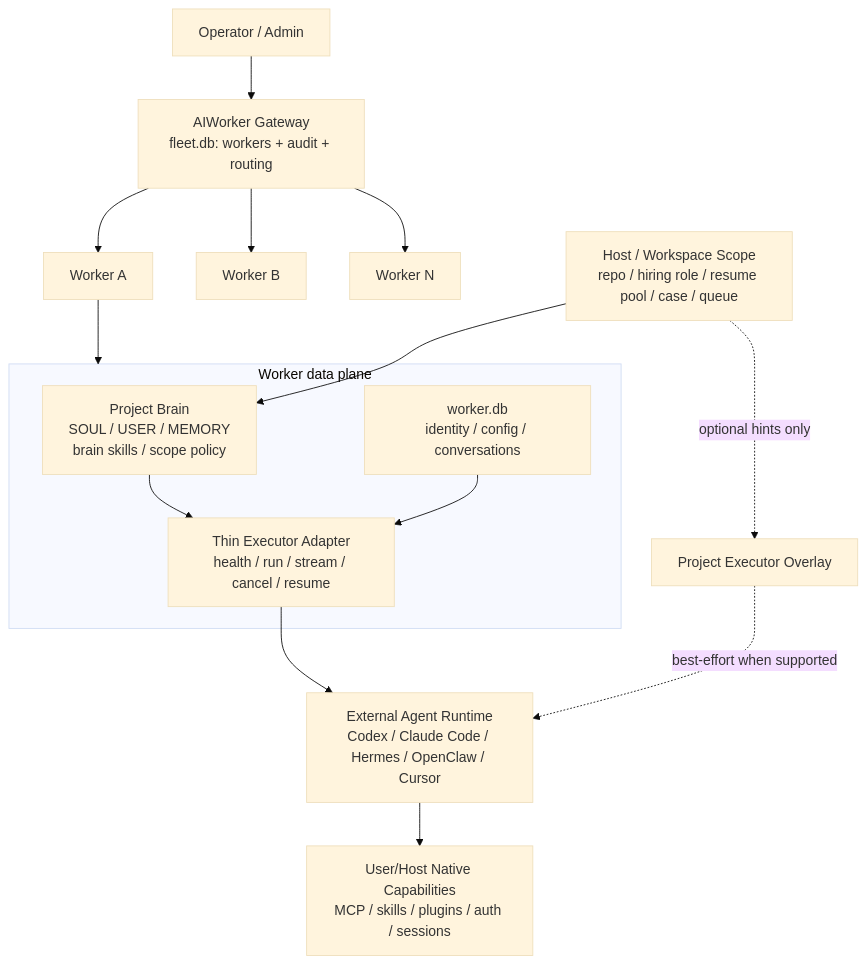
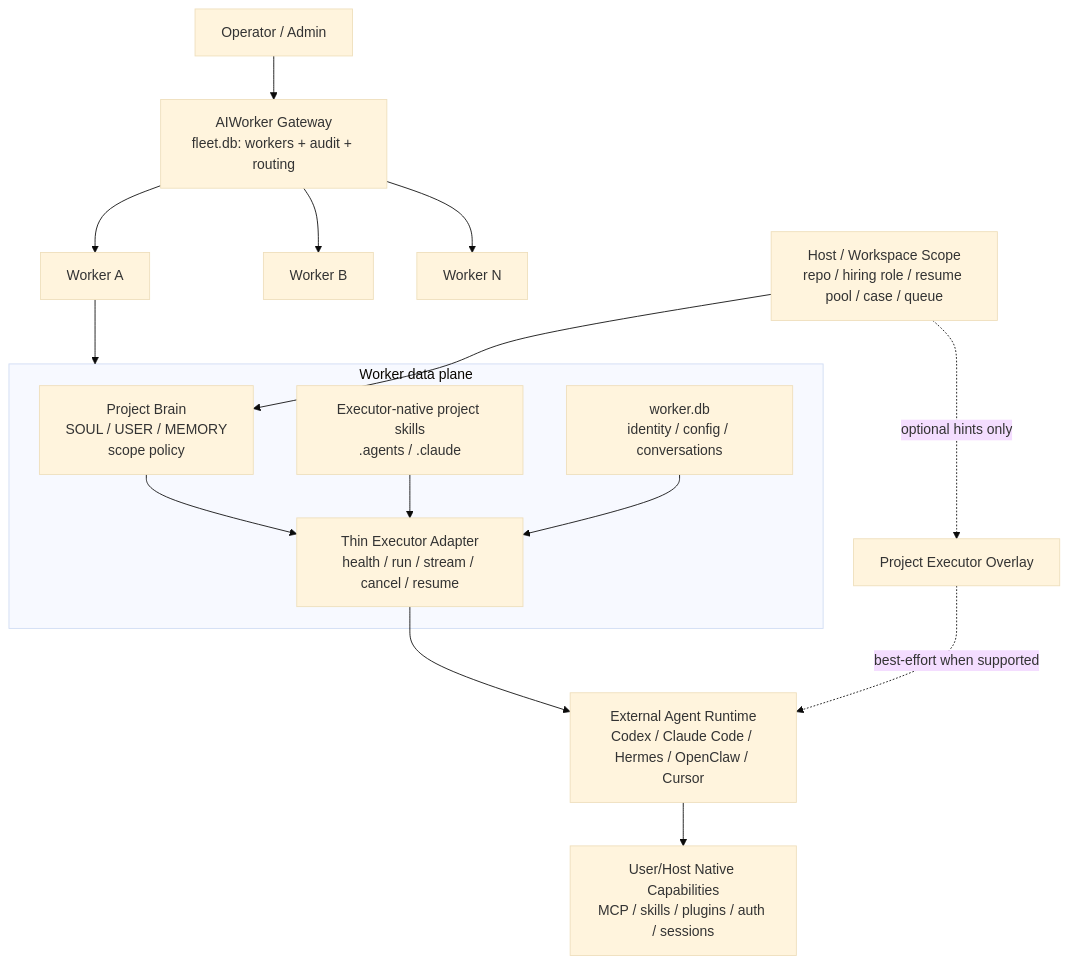
One commit to ZonEaseTech/aiworker changed the third of 4 diagrams in docs/architecture.md. Above: the diagram before and after it, drawn with Mermaid (base theme). The commit also changed other lines of this file and 32 other files, not shown here.

````diff
--- a/docs/architecture.md
+++ b/docs/architecture.md
@@ -262,22 +278,24 @@
 ```mermaid
 flowchart TB
   Operator["Operator / Admin"] --> Gateway["AIWorker Gateway<br/>fleet.db: workers + audit + routing"]
   Gateway --> WorkerA["Worker A"]
   Gateway --> WorkerB["Worker B"]
   Gateway --> WorkerN["Worker N"]
 
   subgraph Worker["Worker data plane"]
-    Brain["Project Brain<br/>SOUL / USER / MEMORY<br/>brain skills / scope policy"]
+    Brain["Project Brain<br/>SOUL / USER / MEMORY<br/>scope policy"]
+    NativeSkills["Executor-native project skills<br/>.agents / .claude"]
     State["worker.db<br/>identity / config / conversations"]
     Adapter["Thin Executor Adapter<br/>health / run / stream / cancel / resume"]
     Brain --> Adapter
+    NativeSkills --> Adapter
     State --> Adapter
   end
 
   WorkerA --> Worker
   Adapter --> Executor["External Agent Runtime<br/>Codex / Claude Code / Hermes / OpenClaw / Cursor"]
   Executor --> Ambient["User/Host Native Capabilities<br/>MCP / skills / plugins / auth / sessions"]
   Project["Host / Workspace Scope<br/>repo / hiring role / resume pool / case / queue"] --> Brain
   Project -. "optional hints only" .-> Overlay["Project Executor Overlay"]
   Overlay -. "best-effort when supported" .-> Executor
 ```
````
